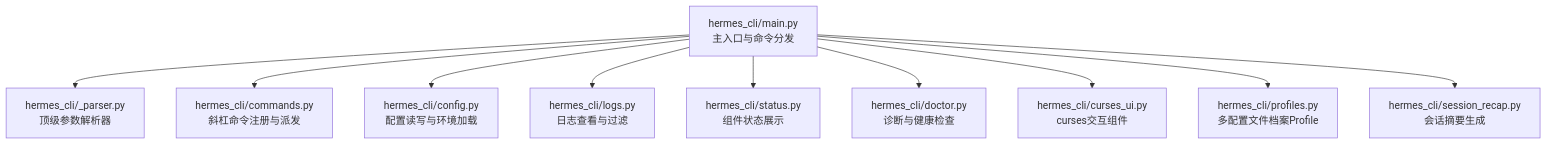
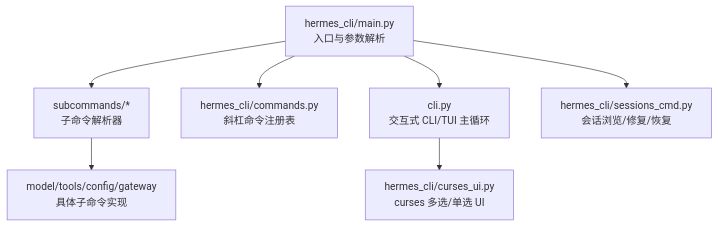
Before and after one commit to haolange/hermes-agent: the first of 3 diagrams in .qoder/repowiki/zh/content/命令行界面/命令行界面.md, drawn with Mermaid. The commit also changed other lines of this file and 1206 other files, not shown here.

````diff
--- a/.qoder/repowiki/zh/content/命令行界面/命令行界面.md
+++ b/.qoder/repowiki/zh/content/命令行界面/命令行界面.md
@@ -35,12 +39,9 @@
 ```mermaid
 graph TB
-A["hermes_cli/main.py<br/>主入口与命令分发"] --> B["hermes_cli/_parser.py<br/>顶级参数解析器"]
-A --> C["hermes_cli/commands.py<br/>斜杠命令注册与派发"]
-A --> D["hermes_cli/config.py<br/>配置读写与环境加载"]
-A --> E["hermes_cli/logs.py<br/>日志查看与过滤"]
-A --> F["hermes_cli/status.py<br/>组件状态展示"]
-A --> G["hermes_cli/doctor.py<br/>诊断与健康检查"]
-A --> H["hermes_cli/curses_ui.py<br/>curses交互组件"]
-A --> I["hermes_cli/profiles.py<br/>多配置文件档案Profile"]
-A --> J["hermes_cli/session_recap.py<br/>会话摘要生成"]
+A["hermes_cli/main.py<br/>入口与参数解析"] --> B["subcommands/*<br/>子命令解析器"]
+A --> C["hermes_cli/commands.py<br/>斜杠命令注册表"]
+A --> D["cli.py<br/>交互式 CLI/TUI 主循环"]
+D --> E["hermes_cli/curses_ui.py<br/>curses 多选/单选 UI"]
+A --> F["hermes_cli/sessions_cmd.py<br/>会话浏览/修复/恢复"]
+B --> G["model/tools/config/gateway<br/>具体子命令实现"]
 ```
````
